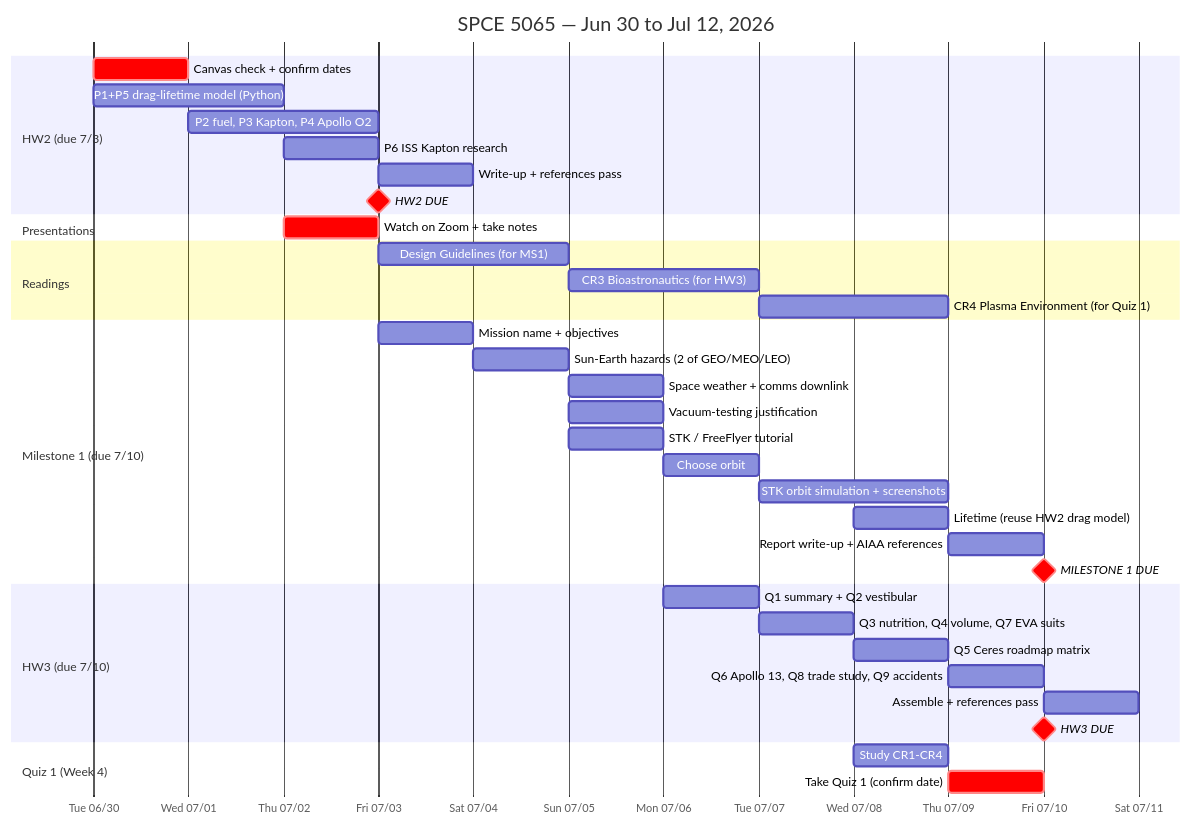
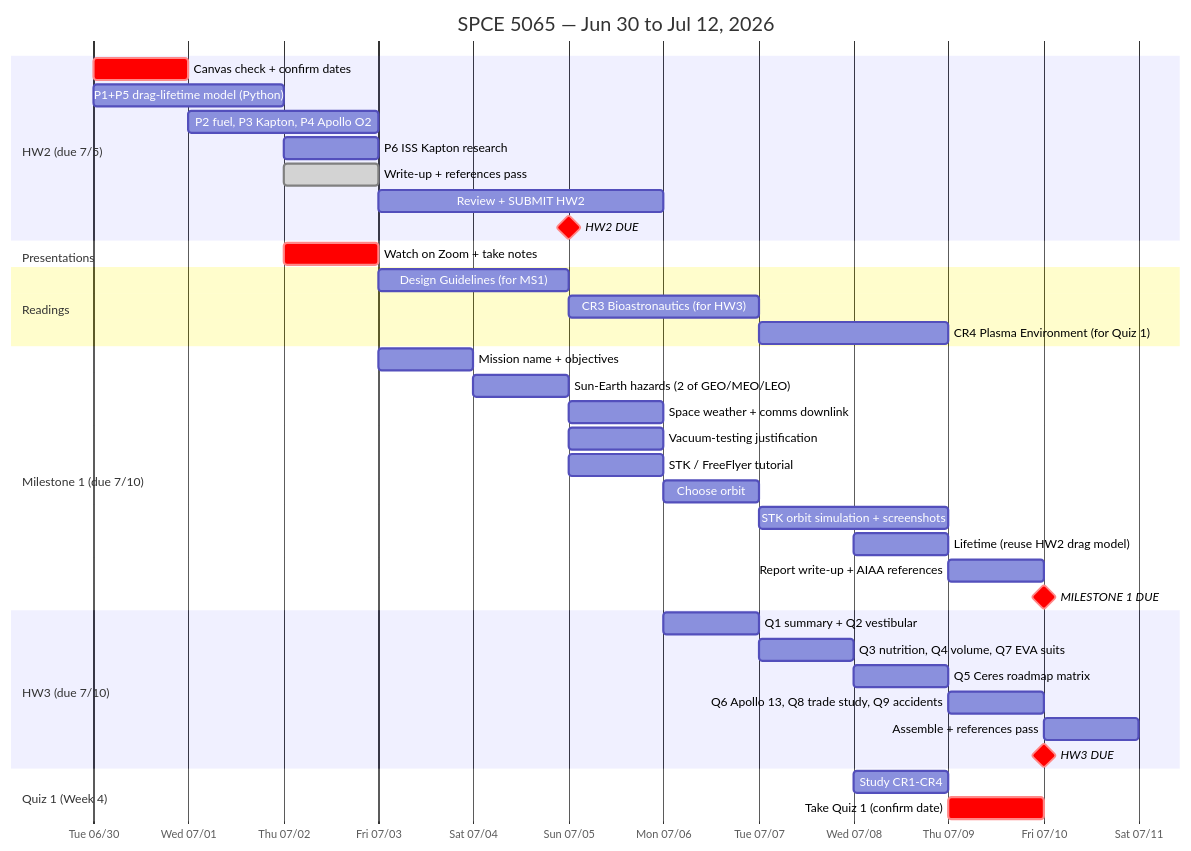
One commit to majikthise911/spce5065 changed the diagram in SCHEDULE.md. Above: the diagram before and after it, drawn with Mermaid. The commit also changed other lines of this file and 1 other file, not shown here.

````diff
--- a/SCHEDULE.md
+++ b/SCHEDULE.md
@@ -31,46 +31,47 @@
 ```mermaid
 gantt
     title SPCE 5065 — Jun 30 to Jul 12, 2026
     dateFormat YYYY-MM-DD
     axisFormat %a %m/%d
 
-    section HW2 (due 7/3)
+    section HW2 (due 7/5)
     Canvas check + confirm dates         :crit, 2026-06-30, 1d
     P1+P5 drag-lifetime model (Python)   :2026-06-30, 2d
     P2 fuel, P3 Kapton, P4 Apollo O2     :2026-07-01, 2d
     P6 ISS Kapton research               :2026-07-02, 1d
-    Write-up + references pass           :2026-07-03, 1d
-    HW2 DUE                              :milestone, crit, 2026-07-03, 0d
+    Write-up + references pass           :done, 2026-07-02, 1d
+    Review + SUBMIT HW2                   :2026-07-03, 3d
+    HW2 DUE                              :milestone, crit, 2026-07-05, 0d
 
     section Presentations
     Watch on Zoom + take notes           :crit, 2026-07-02, 1d
 
     section Readings
     Design Guidelines (for MS1)          :2026-07-03, 2d
     CR3 Bioastronautics (for HW3)        :2026-07-05, 2d
     CR4 Plasma Environment (for Quiz 1)  :2026-07-07, 2d
 
     section Milestone 1 (due 7/10)
     Mission name + objectives            :2026-07-03, 1d
     Sun-Earth hazards (2 of GEO/MEO/LEO) :2026-07-04, 1d
     Space weather + comms downlink       :2026-07-05, 1d
     Vacuum-testing justification         :2026-07-05, 1d
     STK / FreeFlyer tutorial             :2026-07-05, 1d
     Choose orbit                         :2026-07-06, 1d
     STK orbit simulation + screenshots   :2026-07-07, 2d
     Lifetime (reuse HW2 drag model)      :2026-07-08, 1d
     Report write-up + AIAA references    :2026-07-09, 1d
     MILESTONE 1 DUE                      :milestone, crit, 2026-07-10, 0d
 
     section HW3 (due 7/10)
     Q1 summary + Q2 vestibular           :2026-07-06, 1d
     Q3 nutrition, Q4 volume, Q7 EVA suits :2026-07-07, 1d
     Q5 Ceres roadmap matrix              :2026-07-08, 1d
     Q6 Apollo 13, Q8 trade study, Q9 accidents :2026-07-09, 1d
     Assemble + references pass           :2026-07-10, 1d
     HW3 DUE                              :milestone, crit, 2026-07-10, 0d
 
     section Quiz 1 (Week 4)
     Study CR1-CR4                         :2026-07-08, 1d
     Take Quiz 1 (confirm date)           :crit, 2026-07-09, 1d
 ```
````
